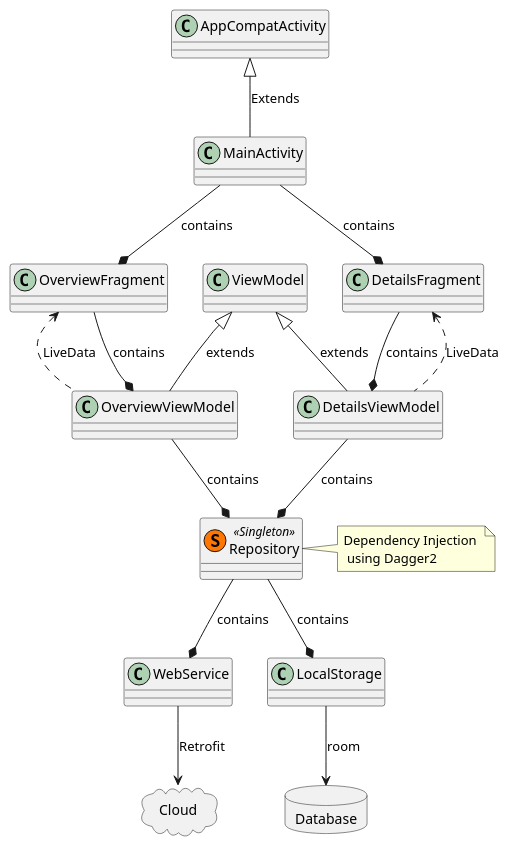
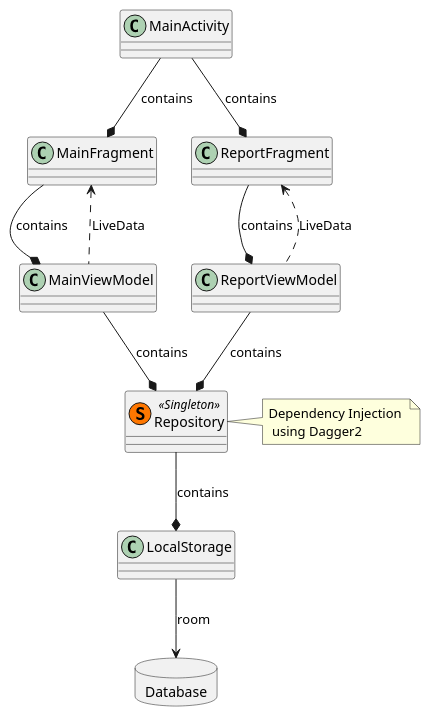
The diagram in docs/puml/classdiagram.puml (viniciushisao/reddit-articles), drawn with PlantUML before and after one commit. The commit also changed 3 other files, not shown here.

```diff
--- a/docs/puml/classdiagram.puml
+++ b/docs/puml/classdiagram.puml
@@ -1,27 +1,21 @@
 @startuml
 
 class Repository << (S,#FF7700) Singleton >>
 class Repository
     note right: Dependency Injection \n using Dagger2
-package Cloud <<Cloud>> {
-}
+
 package Database <<Database>> {
 }
 
-AppCompatActivity <|-- MainActivity   : Extends
-MainActivity  --*  OverviewFragment : contains
-MainActivity  --*  DetailsFragment : contains
-DetailsFragment --* DetailsViewModel :  contains
-DetailsFragment <.. DetailsViewModel :  LiveData
-OverviewFragment --* OverviewViewModel : contains
-OverviewFragment <.. OverviewViewModel : LiveData
-ViewModel <|-- OverviewViewModel: extends
-ViewModel <|-- DetailsViewModel: extends
-DetailsViewModel --* Repository : contains
-OverviewViewModel --* Repository : contains
-Repository --* WebService : contains
+MainActivity  --*  MainFragment : contains
+MainActivity  --*  ReportFragment : contains
+ReportFragment --* ReportViewModel :  contains
+ReportFragment <.. ReportViewModel :  LiveData
+MainFragment --* MainViewModel : contains
+MainFragment <.. MainViewModel : LiveData
+ReportViewModel --* Repository : contains
+MainViewModel --* Repository : contains
 Repository --* LocalStorage : contains
-WebService --> Cloud :Retrofit
 LocalStorage --> Database: room
 
 @enduml
```
